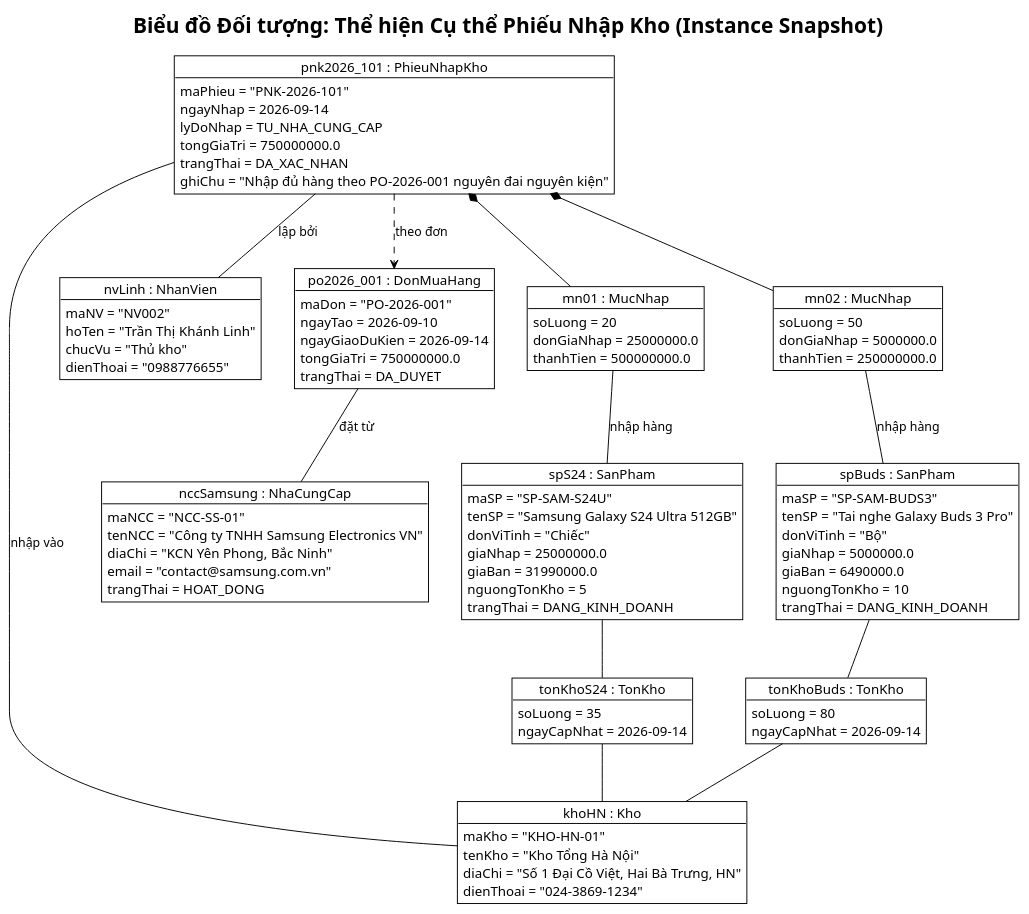
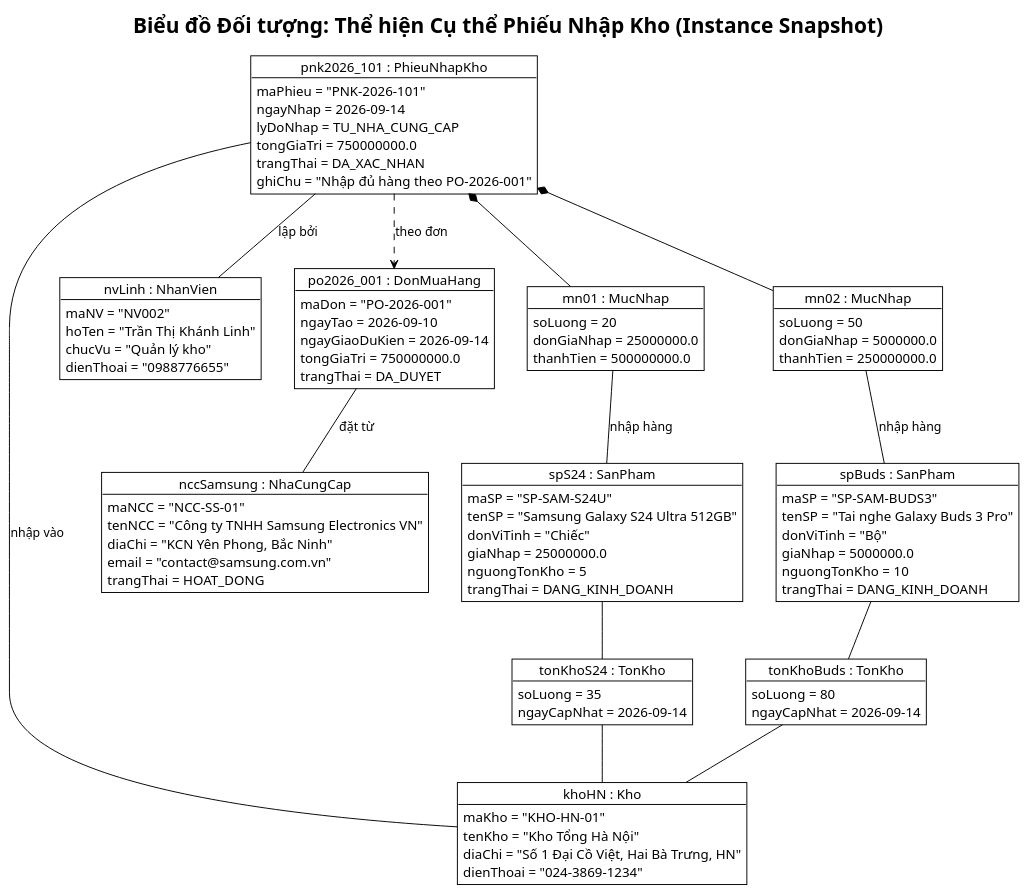
The first of 2 diagrams in BTL-QuanLyKhoHang/plantuml/object-diagrams.puml (vuhoabinh2416137/G8_Quanlysanphamvakhohang), drawn with PlantUML before and after one commit. The commit also changed other lines of this file and 61 other files, not shown here.

Commit message:
Refactor: Loai bo toan bo nghiep vu ban hang, tap trung chuyen sau Quan ly San pham va Kho hang (BTL IT3120)

```diff
--- a/BTL-QuanLyKhoHang/plantuml/object-diagrams.puml
+++ b/BTL-QuanLyKhoHang/plantuml/object-diagrams.puml
@@ -1,106 +1,105 @@
 @startuml object-diagram-phieu-nhap
 !theme plain
 skinparam classAttributeIconSize 0
 skinparam defaultTextAlignment left
+skinparam defaultFontName "Arial"
 
 title Biểu đồ Đối tượng: Thể hiện Cụ thể Phiếu Nhập Kho (Instance Snapshot)
 
 object "khoHN : Kho" as khoHN {
     maKho = "KHO-HN-01"
     tenKho = "Kho Tổng Hà Nội"
     diaChi = "Số 1 Đại Cồ Việt, Hai Bà Trưng, HN"
     dienThoai = "024-3869-1234"
 }
 
 object "nvLinh : NhanVien" as nvLinh {
     maNV = "NV002"
     hoTen = "Trần Thị Khánh Linh"
-    chucVu = "Thủ kho"
+    chucVu = "Quản lý kho"
     dienThoai = "0988776655"
 }
 
 object "nccSamsung : NhaCungCap" as nccSamsung {
     maNCC = "NCC-SS-01"
     tenNCC = "Công ty TNHH Samsung Electronics VN"
     diaChi = "KCN Yên Phong, Bắc Ninh"
     email = "contact@samsung.com.vn"
     trangThai = HOAT_DONG
 }
 
 object "po2026_001 : DonMuaHang" as po2026 {
     maDon = "PO-2026-001"
     ngayTao = 2026-09-10
     ngayGiaoDuKien = 2026-09-14
     tongGiaTri = 750000000.0
     trangThai = DA_DUYET
 }
 
 object "pnk2026_101 : PhieuNhapKho" as pnk2026 {
     maPhieu = "PNK-2026-101"
     ngayNhap = 2026-09-14
     lyDoNhap = TU_NHA_CUNG_CAP
     tongGiaTri = 750000000.0
     trangThai = DA_XAC_NHAN
-    ghiChu = "Nhập đủ hàng theo PO-2026-001 nguyên đai nguyên kiện"
+    ghiChu = "Nhập đủ hàng theo PO-2026-001"
 }
 
 object "mn01 : MucNhap" as mn01 {
     soLuong = 20
     donGiaNhap = 25000000.0
     thanhTien = 500000000.0
 }
 
 object "mn02 : MucNhap" as mn02 {
     soLuong = 50
     donGiaNhap = 5000000.0
     thanhTien = 250000000.0
 }
 
 object "spS24 : SanPham" as spS24 {
     maSP = "SP-SAM-S24U"
     tenSP = "Samsung Galaxy S24 Ultra 512GB"
     donViTinh = "Chiếc"
     giaNhap = 25000000.0
-    giaBan = 31990000.0
     nguongTonKho = 5
     trangThai = DANG_KINH_DOANH
 }
 
 object "spBuds : SanPham" as spBuds {
     maSP = "SP-SAM-BUDS3"
     tenSP = "Tai nghe Galaxy Buds 3 Pro"
     donViTinh = "Bộ"
     giaNhap = 5000000.0
-    giaBan = 6490000.0
     nguongTonKho = 10
     trangThai = DANG_KINH_DOANH
 }
 
 object "tonKhoS24 : TonKho" as tonKhoS24 {
     soLuong = 35
     ngayCapNhat = 2026-09-14
 }
 
 object "tonKhoBuds : TonKho" as tonKhoBuds {
     soLuong = 80
     ngayCapNhat = 2026-09-14
 }
 
 ' Links
 pnk2026 ..> po2026 : theo đơn
 pnk2026 -- khoHN : nhập vào
 pnk2026 -- nvLinh : lập bởi
 pnk2026 *-- mn01
 pnk2026 *-- mn02
 
 mn01 -- spS24 : nhập hàng
 mn02 -- spBuds : nhập hàng
 
 po2026 -- nccSamsung : đặt từ
 
 spS24 -- tonKhoS24
 tonKhoS24 -- khoHN
 
 spBuds -- tonKhoBuds
 tonKhoBuds -- khoHN
 @enduml
```
